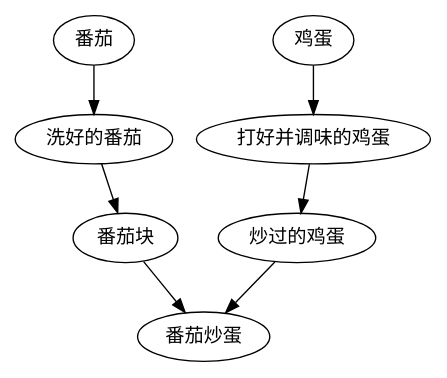
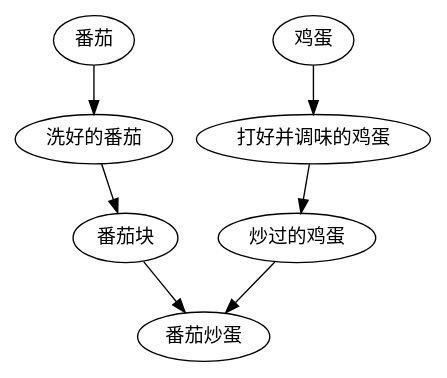
One commit to letscan/ProgrammingBasics changed the diagram in Concepts.rst. Above: the diagram before and after it, drawn with Graphviz. The commit also changed other lines of this file, not shown here.

```diff
--- a/Concepts.rst
+++ b/Concepts.rst
@@ -53,8 +53,8 @@
 .. graphviz::
 
     digraph {
-        node[fontname="AR PL UKai CN"]
+        node[fontname="Noto Sans CJK SC"];
 
         "番茄" -> "洗好的番茄" -> "番茄块" -> "番茄炒蛋";
         "鸡蛋" -> "打好并调味的鸡蛋" -> "炒过的鸡蛋" -> "番茄炒蛋";
     }
```
